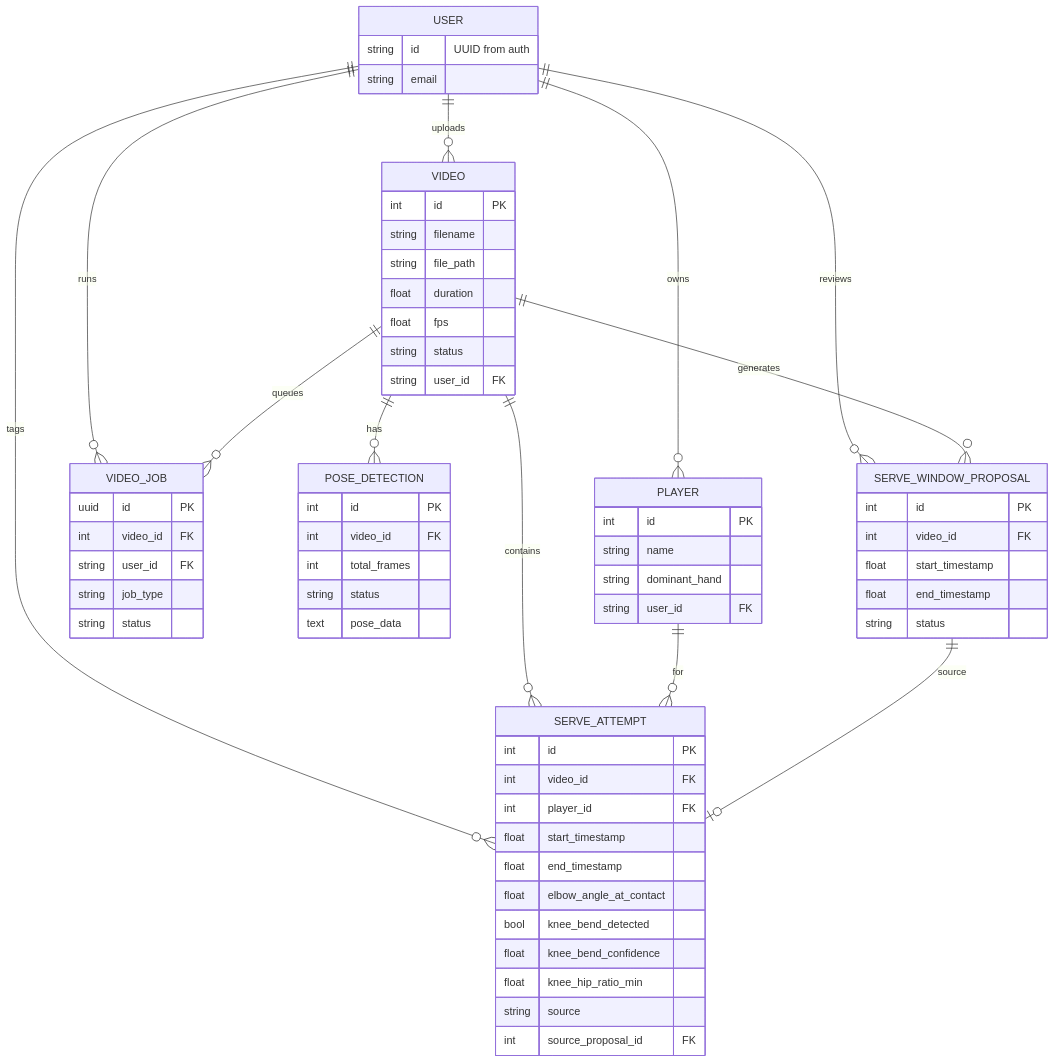
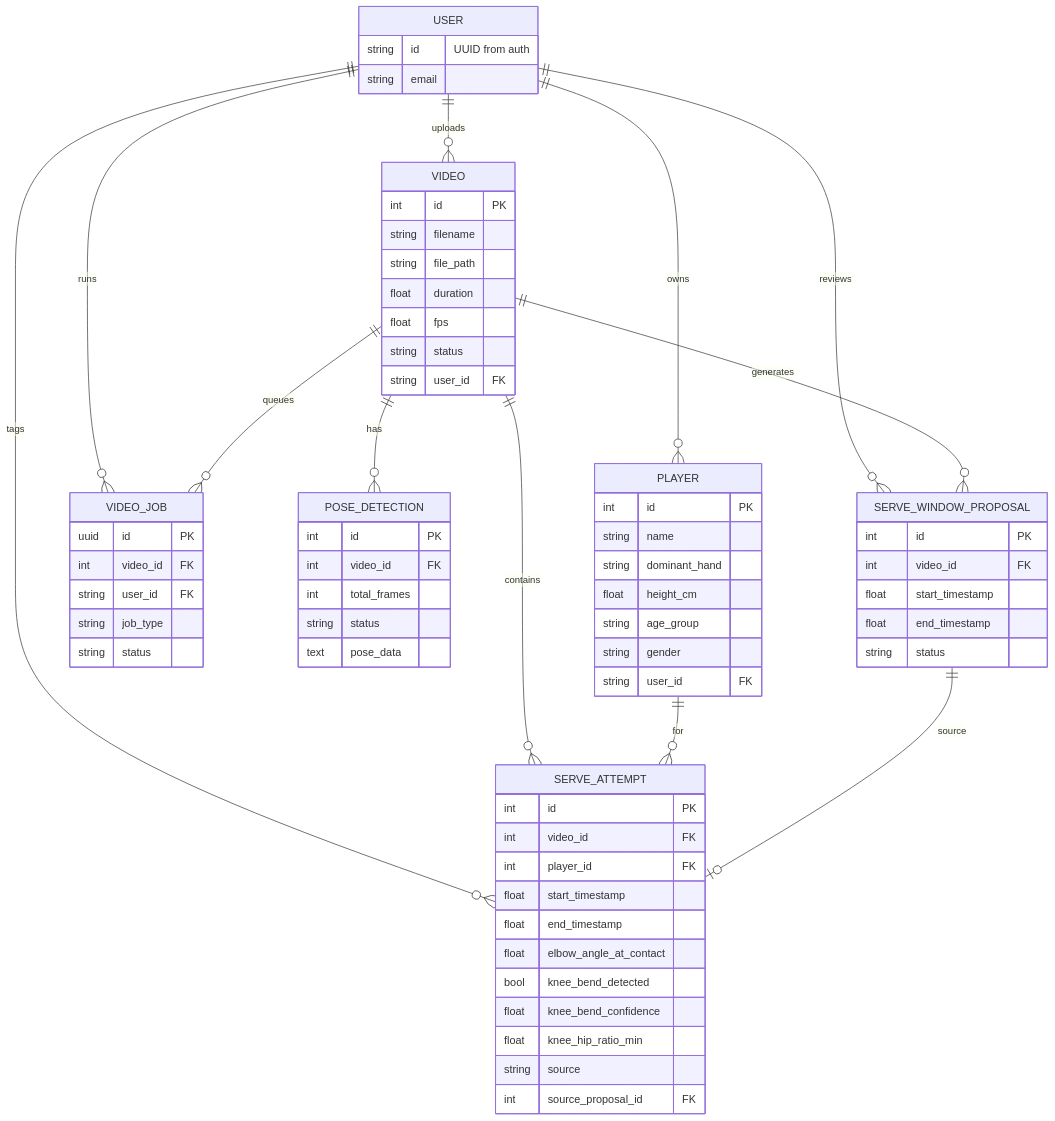
One commit to aseda-sam/tennis_coach_app changed the second of 2 diagrams in project_docs/diagrams/db-relationships.md. Above: the diagram before and after it, drawn with Mermaid. The commit also changed 34 other files, not shown here.

````diff
--- a/project_docs/diagrams/db-relationships.md
+++ b/project_docs/diagrams/db-relationships.md
@@ -28,76 +28,79 @@
 ```mermaid
 erDiagram
   USER {
     string id "UUID from auth"
     string email
   }
 
   PLAYER {
     int id PK
     string name
     string dominant_hand
+    float height_cm
+    string age_group
+    string gender
     string user_id FK
   }
 
   VIDEO {
     int id PK
     string filename
     string file_path
     float duration
     float fps
     string status
     string user_id FK
   }
 
   VIDEO_JOB {
     uuid id PK
     int video_id FK
     string user_id FK
     string job_type
     string status
   }
 
   POSE_DETECTION {
     int id PK
     int video_id FK
     int total_frames
     string status
     text pose_data
   }
 
   SERVE_WINDOW_PROPOSAL {
     int id PK
     int video_id FK
     float start_timestamp
     float end_timestamp
     string status
   }
 
   SERVE_ATTEMPT {
     int id PK
     int video_id FK
     int player_id FK
     float start_timestamp
     float end_timestamp
     float elbow_angle_at_contact
     bool knee_bend_detected
     float knee_bend_confidence
     float knee_hip_ratio_min
     string source
     int source_proposal_id FK
   }
 
   USER ||--o{ PLAYER : owns
   USER ||--o{ VIDEO : uploads
   USER ||--o{ VIDEO_JOB : runs
   USER ||--o{ SERVE_ATTEMPT : tags
   USER ||--o{ SERVE_WINDOW_PROPOSAL : reviews
 
   VIDEO ||--o{ POSE_DETECTION : has
   VIDEO ||--o{ SERVE_ATTEMPT : contains
   VIDEO ||--o{ SERVE_WINDOW_PROPOSAL : generates
   VIDEO ||--o{ VIDEO_JOB : queues
 
   PLAYER ||--o{ SERVE_ATTEMPT : for
   SERVE_WINDOW_PROPOSAL ||--o| SERVE_ATTEMPT : source
 ```
````
